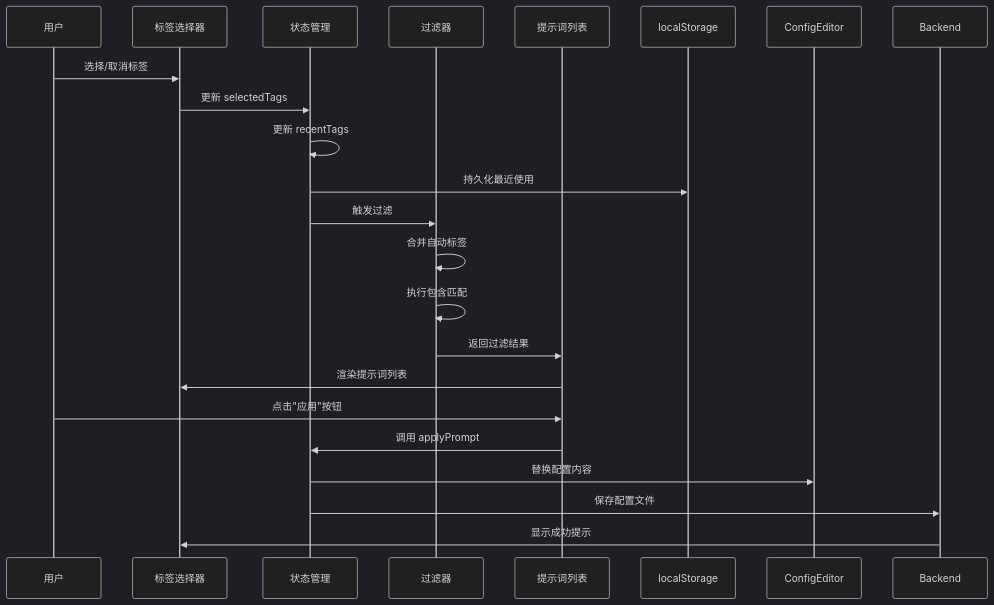
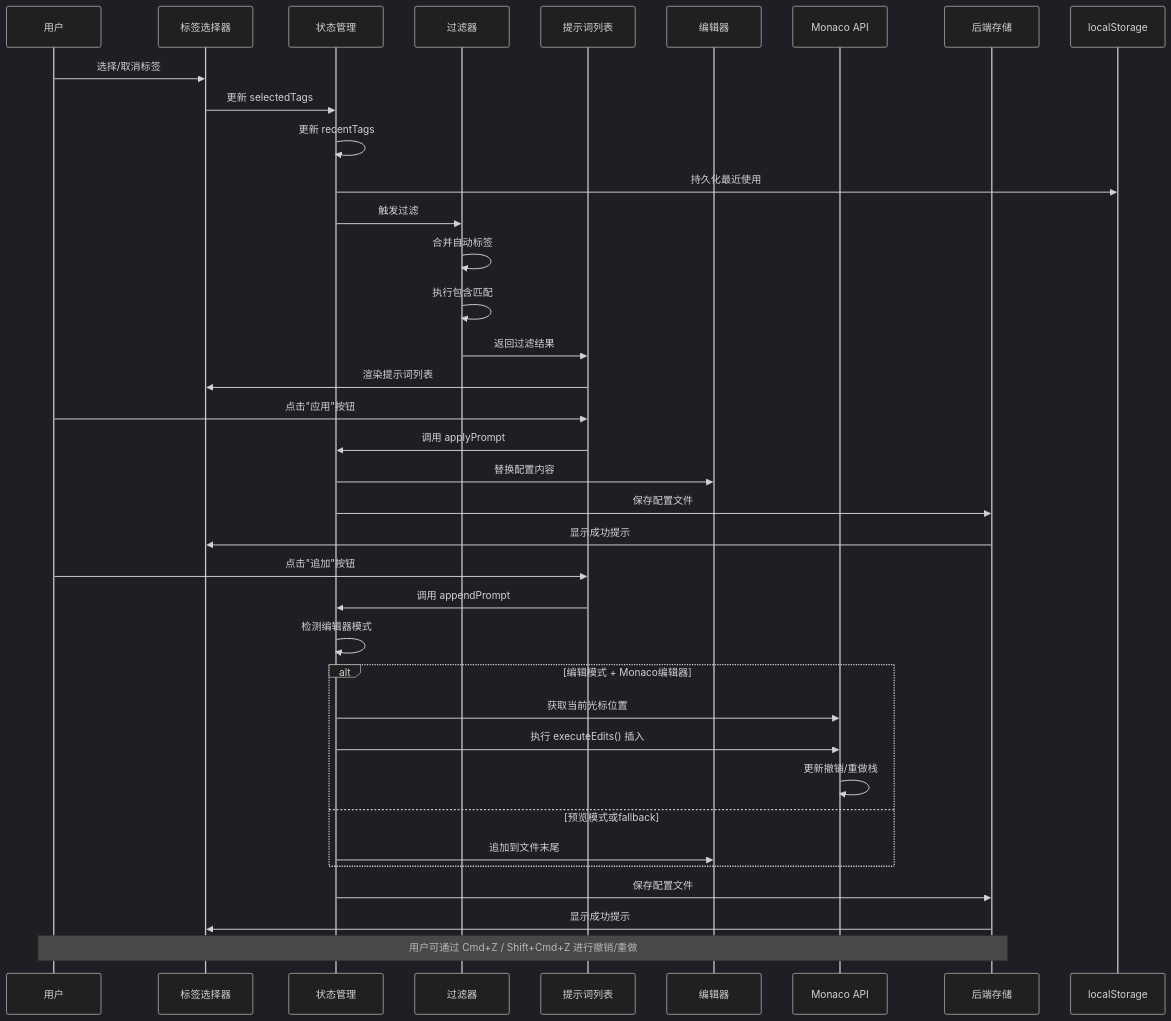
Before and after one commit to ppyyr/SystemPromptVault: the second of 2 diagrams in llmdoc/features/prompt-management-module.md, drawn with Mermaid (dark theme). The commit also changed other lines of this file and 13 other files, not shown here.

First line of the commit message:
feat: enhance prompt append with cursor insertion and improve config change detection

````diff
--- a/llmdoc/features/prompt-management-module.md
+++ b/llmdoc/features/prompt-management-module.md
@@ -359,24 +400,42 @@
 ```mermaid
 sequenceDiagram
     participant User as 用户
     participant UI as 标签选择器
     participant State as 状态管理
     participant Filter as 过滤器
     participant List as 提示词列表
+    participant Editor as 编辑器
+    participant Monaco as Monaco API
+    participant Backend as 后端存储
 
     User->>UI: 选择/取消标签
     UI->>State: 更新 selectedTags
     State->>State: 更新 recentTags
     State->>localStorage: 持久化最近使用
     State->>Filter: 触发过滤
     Filter->>Filter: 合并自动标签
     Filter->>Filter: 执行包含匹配
     Filter->>List: 返回过滤结果
     List->>UI: 渲染提示词列表
 
     User->>List: 点击"应用"按钮
     List->>State: 调用 applyPrompt
-    State->>ConfigEditor: 替换配置内容
+    State->>Editor: 替换配置内容
     State->>Backend: 保存配置文件
     Backend->>UI: 显示成功提示
+
+    User->>List: 点击"追加"按钮
+    List->>State: 调用 appendPrompt
+    State->>State: 检测编辑器模式
+    alt 编辑模式 + Monaco编辑器
+        State->>Monaco: 获取当前光标位置
+        State->>Monaco: 执行 executeEdits() 插入
+        Monaco->>Monaco: 更新撤销/重做栈
+    else 预览模式或fallback
+        State->>Editor: 追加到文件末尾
+    end
+    State->>Backend: 保存配置文件
+    Backend->>UI: 显示成功提示
+
+    Note over User, Backend: 用户可通过 Cmd+Z / Shift+Cmd+Z 进行撤销/重做
 ```
````
